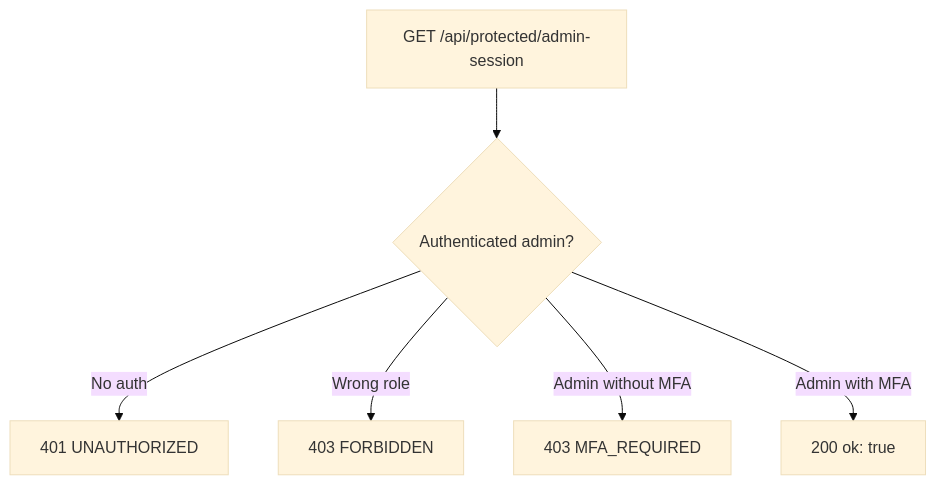
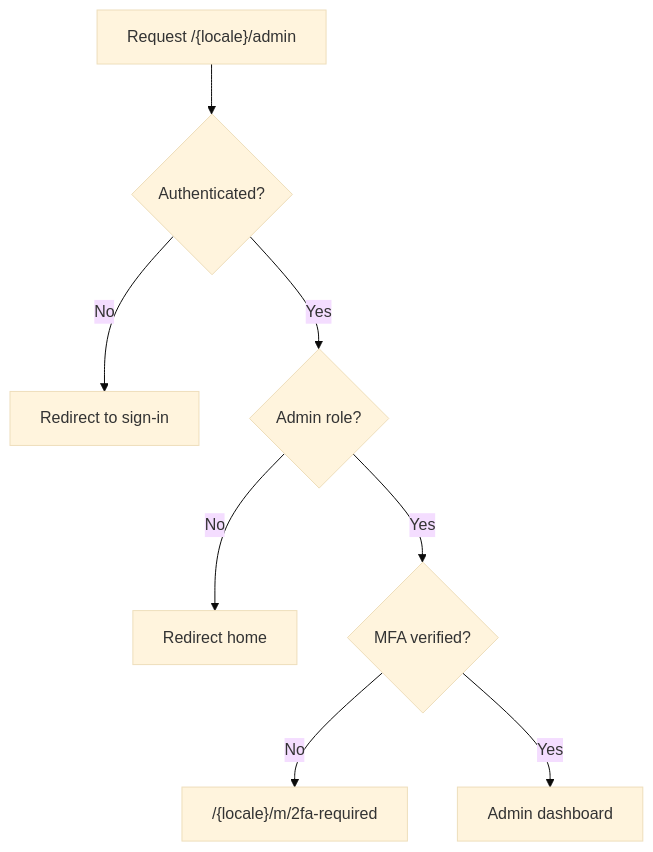
The sixth of 7 diagrams in docs/user-flows.md (GeorgiySergeev/kylyvnyk-buisness-club), drawn with Mermaid (base theme) before and after one commit. The commit also changed other lines of this file and 15 other files, not shown here.

````diff
--- a/docs/user-flows.md
+++ b/docs/user-flows.md
@@ -170,8 +110,10 @@
 ```mermaid
 flowchart TD
-  A["GET /api/protected/admin-session"] --> B{"Authenticated admin?"}
-  B -- "No auth" --> C["401 UNAUTHORIZED"]
-  B -- "Wrong role" --> D["403 FORBIDDEN"]
-  B -- "Admin without MFA" --> E["403 MFA_REQUIRED"]
-  B -- "Admin with MFA" --> F["200 ok: true"]
+  A["Request /{locale}/admin"] --> B{"Authenticated?"}
+  B -- "No" --> C["Redirect to sign-in"]
+  B -- "Yes" --> D{"Admin role?"}
+  D -- "No" --> E["Redirect home"]
+  D -- "Yes" --> F{"MFA verified?"}
+  F -- "No" --> G["/{locale}/m/2fa-required"]
+  F -- "Yes" --> H["Admin dashboard"]
 ```
````
